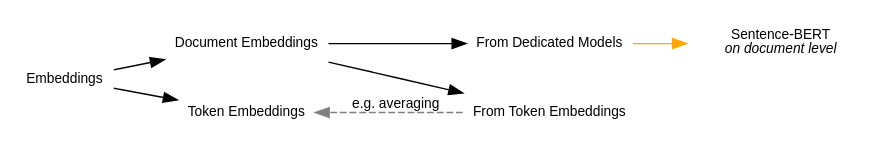
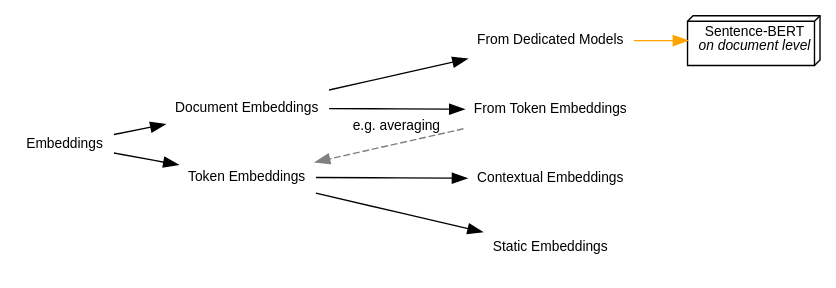
One commit to poke1024/vectorian-2021-demo changed the diagram in miscellaneous/diagram_embeddings_1.dot. Above: the diagram before and after it, drawn with Graphviz. The commit also changed 2 other files, not shown here.

Commit message:
more embedding diagram improvements

```diff
--- a/miscellaneous/diagram_embeddings_1.dot
+++ b/miscellaneous/diagram_embeddings_1.dot
@@ -1,21 +1,27 @@
 digraph my_graph {
     rankdir=LR;
     graph[ranksep=0.5,nodesep=.2 ,margin=0.3,bgcolor=Transparent];
     node[fontname=Arial, fontsize=10];
     edge[fontname=Arial, fontsize=10];
 
     {rank=same; document_embeddings; token_embeddings }
     embeddings [label="Embeddings", shape="rectangle", color="transparent"];
     document_embeddings [label="Document Embeddings", color="transparent", shape="rectangle", style="none", fillcolor="azure1"];
     token_embeddings [label="Token Embeddings", color="transparent", shape="rectangle", style="none", fillcolor="orange"];
     ded_models [label="From Dedicated Models", color="transparent", shape="rectangle", style="none", fillcolor="azure2"]
     from_token [label="From Token Embeddings", color="transparent", shape="rectangle", style="none", fillcolor="orange3"]
-    sbert [label=<Sentence-BERT<br/><I>on document level</I>>, color="transparent", shape="ellipse", style="none", fillcolor="azure3"]
+    sbert [label=<Sentence-BERT<br/><I>on document level</I>>, shape="box3d", style="none", fillcolor="azure3"]
+
+    contextual [label="Contextual Embeddings", color="transparent", shape="rectangle"];
+    static [label="Static Embeddings", color="transparent", shape="rectangle"];
 
     embeddings -> document_embeddings [dir="forward"];
     embeddings -> token_embeddings [dir="forward"];
     from_token -> token_embeddings [dir="forward", color="gray", label="e.g. averaging", style="dashed"];
     document_embeddings -> from_token [dir="forward"];
     document_embeddings -> ded_models [dir="forward"];
     ded_models -> sbert [dir="forward", color="orange"];
+    
+    token_embeddings -> contextual;
+    token_embeddings -> static;
 }
```
